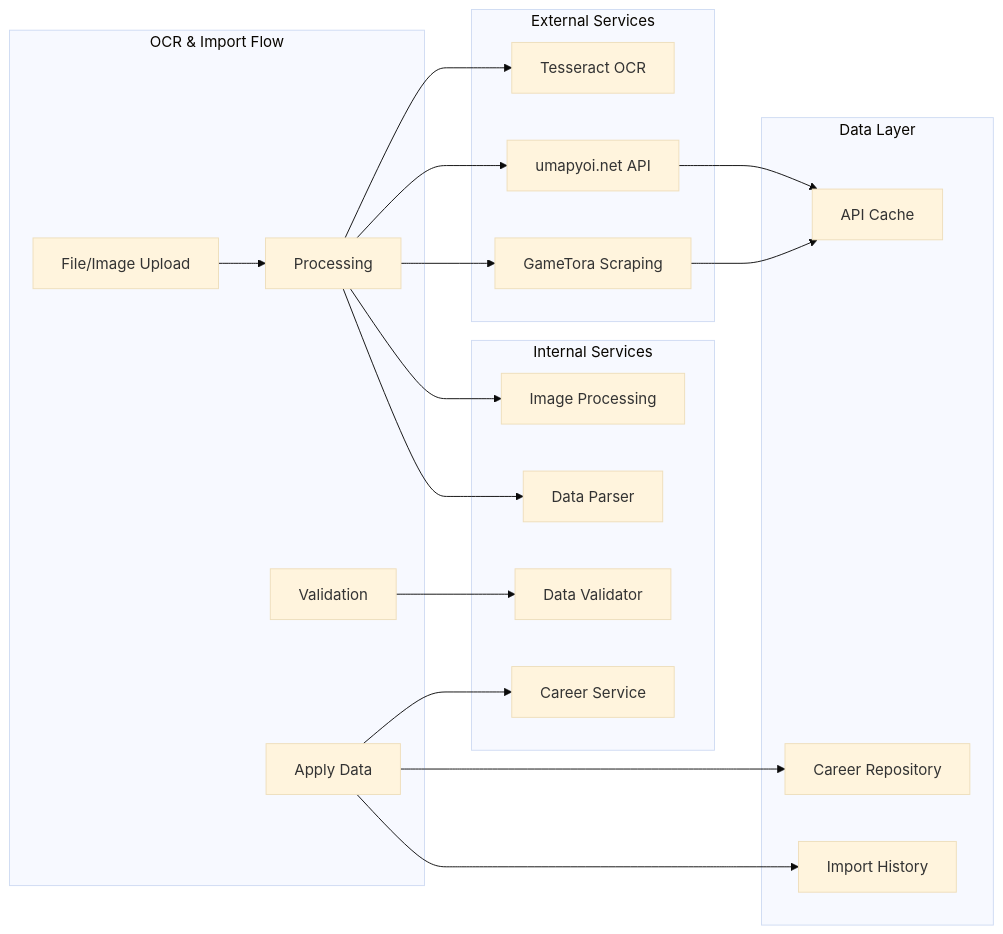
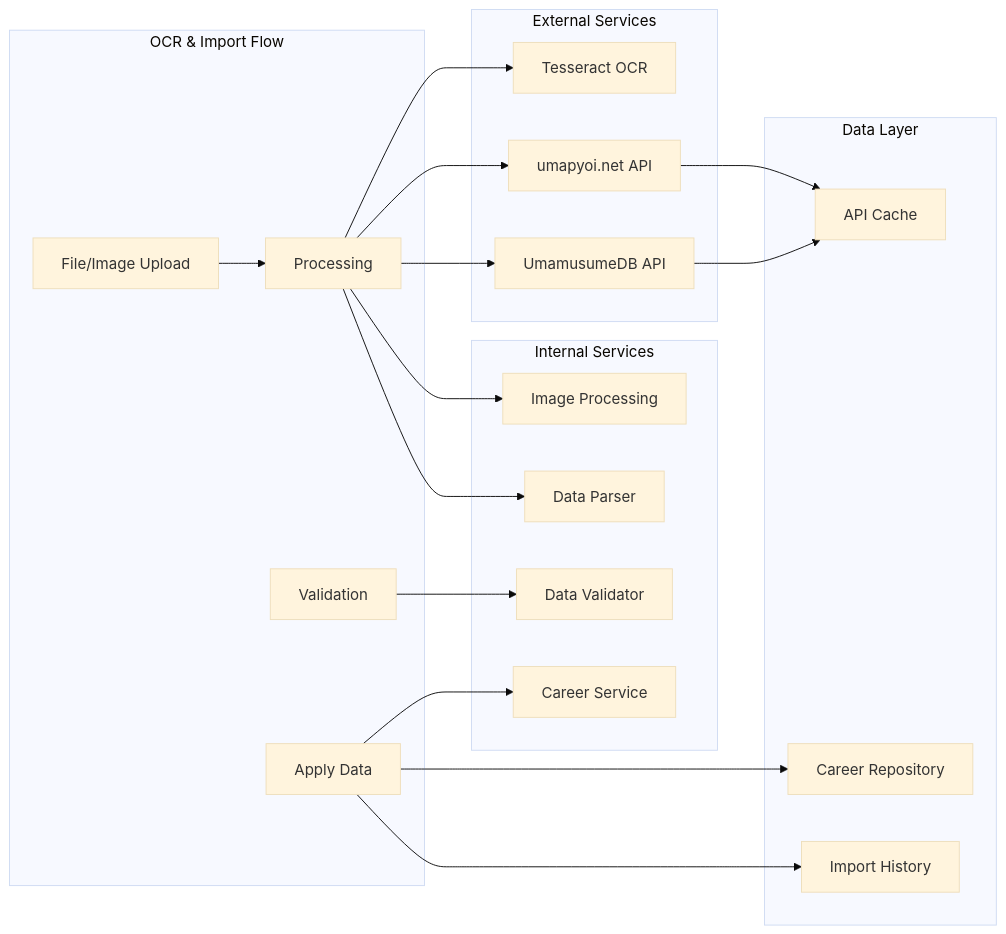
One commit to exatfrds67/umamusume-career-planner changed the sixth of 6 diagrams in docs/01-user-flows/UF-008_OCR_and_Data_Import_Flow.md. Above: the diagram before and after it, drawn with Mermaid (base theme). The commit also changed other lines of this file and 58 other files, not shown here.

Commit message:
docs(flow): fix markdownlint errors in diagrams, flows, sequences, tech-flow, user-flows, and wireframes

````diff
--- a/docs/01-user-flows/UF-008_OCR_and_Data_Import_Flow.md
+++ b/docs/01-user-flows/UF-008_OCR_and_Data_Import_Flow.md
@@ -938,44 +938,44 @@
 ```mermaid
 flowchart LR
     subgraph OCRFlow[OCR & Import Flow]
         Upload[File/Image Upload]
         Process[Processing]
         Validate[Validation]
         Apply[Apply Data]
     end
     
     subgraph ExternalServices[External Services]
         Tesseract[Tesseract OCR]
         UmapyoiAPI[umapyoi.net API]
-        FallbackAPI[GameTora Scraping]
+        FallbackAPI[UmamusumeDB API]
     end
     
     subgraph InternalServices[Internal Services]
         ImageProcessor[Image Processing]
         DataParser[Data Parser]
         Validator[Data Validator]
         CareerService[Career Service]
     end
     
     subgraph DataLayer[Data Layer]
         CareerRepo[Career Repository]
         ImportHistory[Import History]
         Cache[API Cache]
     end
     
     Upload --> Process
     Process --> Tesseract
     Process --> UmapyoiAPI
     Process --> FallbackAPI
     
     Process --> ImageProcessor
     Process --> DataParser
     Validate --> Validator
     
     Apply --> CareerService
     Apply --> CareerRepo
     Apply --> ImportHistory
     
     UmapyoiAPI --> Cache
     FallbackAPI --> Cache
 ```
````
